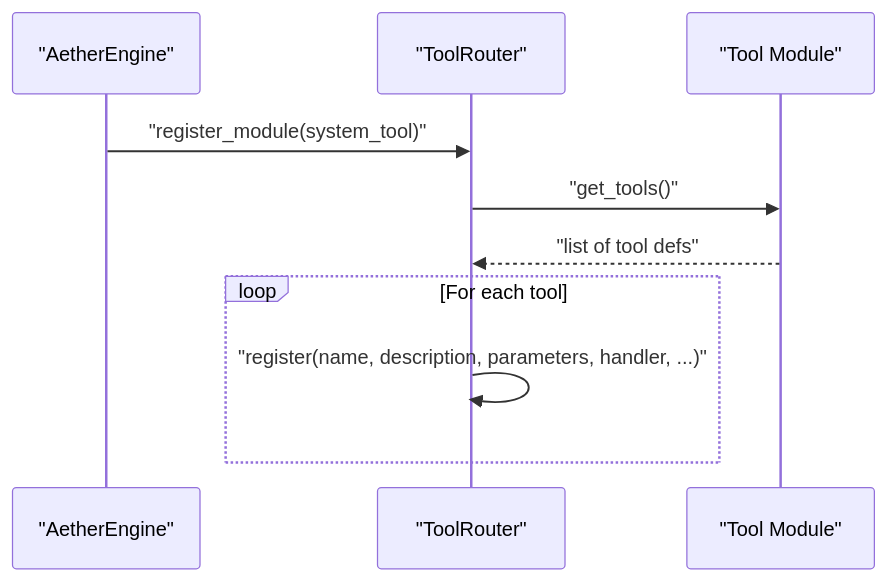
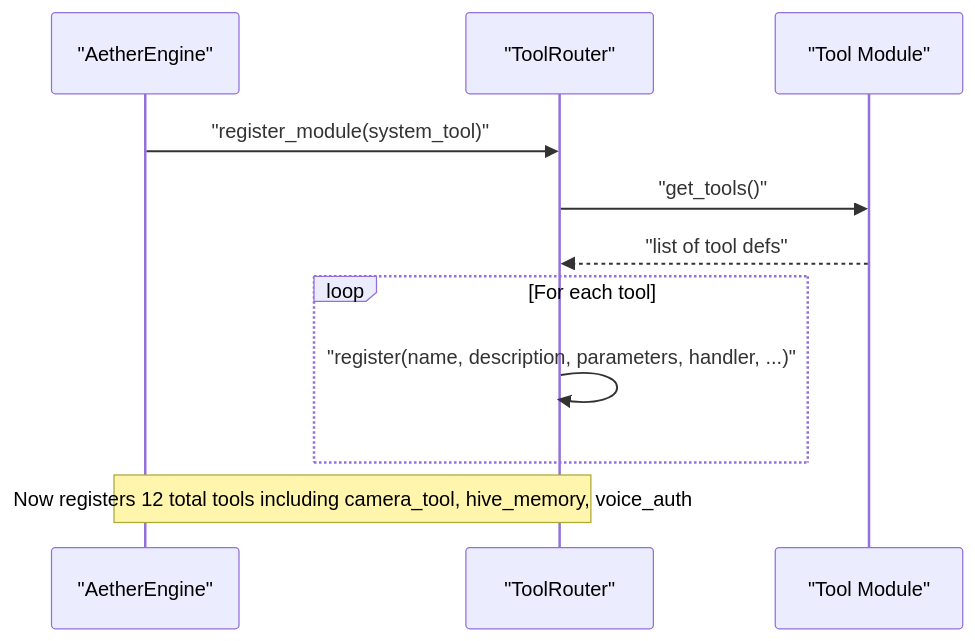
One commit to Moeabdelaziz007/Aether-Voice-OS changed diagram 12 of 18 in .qoder/repowiki/en/content/AI Integration Layer/Tool Execution System/Tool Execution System.md. Above: the diagram before and after it, drawn with Mermaid. The commit also changed other lines of this file and 29 other files, not shown here.

````diff
--- a/.qoder/repowiki/en/content/AI Integration Layer/Tool Execution System/Tool Execution System.md
+++ b/.qoder/repowiki/en/content/AI Integration Layer/Tool Execution System/Tool Execution System.md
@@ -315,12 +418,13 @@
 ```mermaid
 sequenceDiagram
 participant Engine as "AetherEngine"
 participant TR as "ToolRouter"
 participant Mod as "Tool Module"
 Engine->>TR : "register_module(system_tool)"
 TR->>Mod : "get_tools()"
 Mod-->>TR : "list of tool defs"
 loop For each tool
 TR->>TR : "register(name, description, parameters, handler, ...)"
 end
+Note over Engine,TR : Now registers 12 total tools including camera_tool, hive_memory, voice_auth
 ```
````
